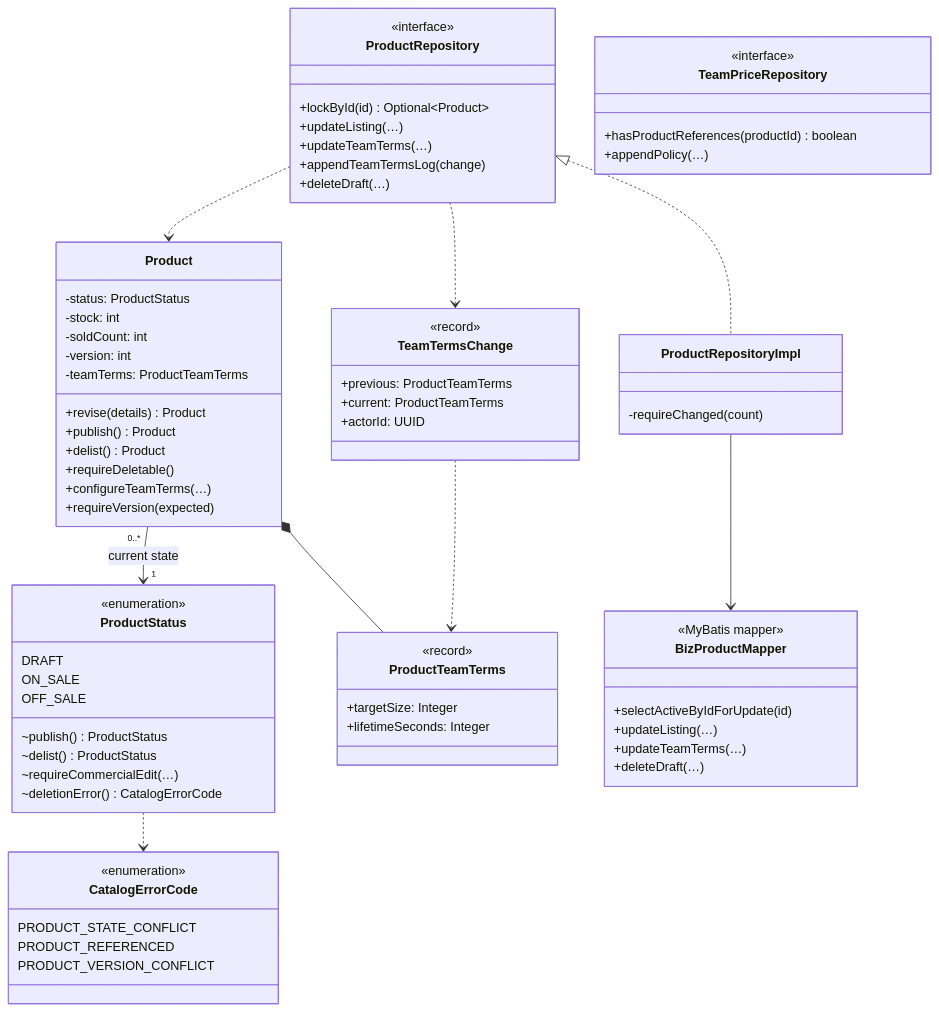
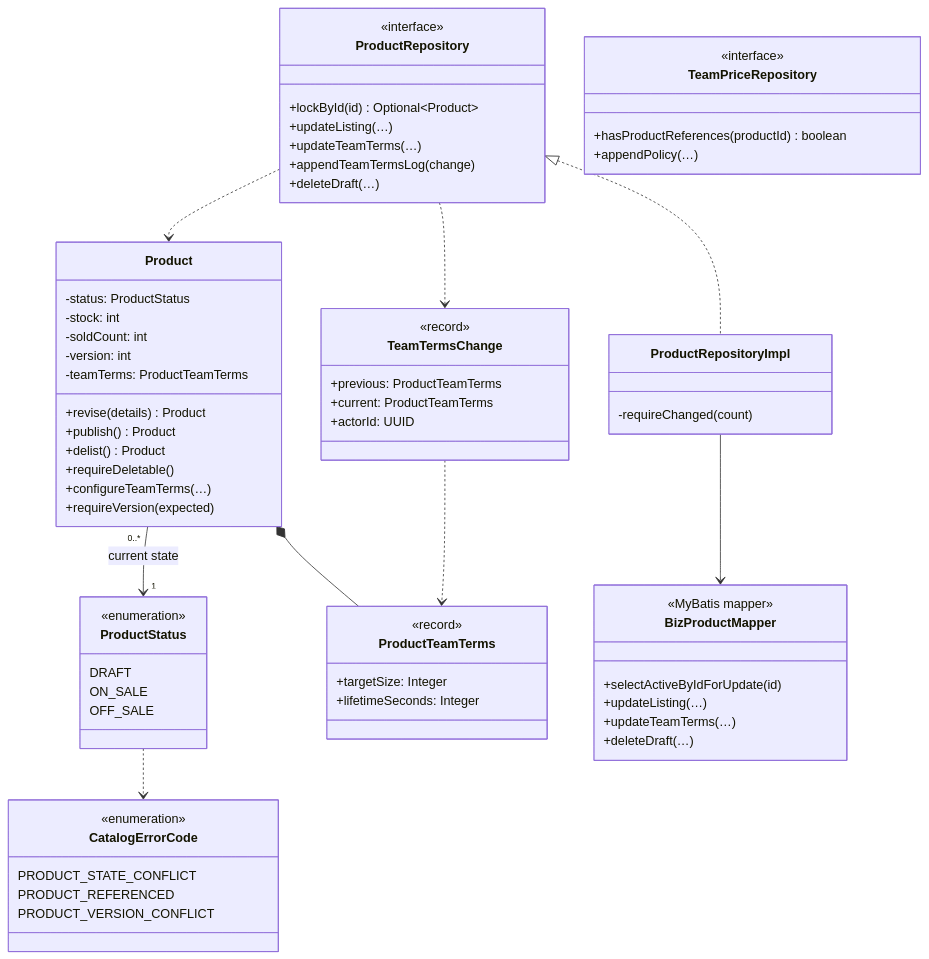
One commit to PPsyrius/iss-groupbuy-team8 changed the tenth of 17 diagrams in docs/swe5006/report/sections/03-4-5-liu-jin.md. Above: the diagram before and after it, drawn with Mermaid. The commit also changed other lines of this file and 60 other files, not shown here.

First line of the commit message:
docs(report): template format, VP-style UML and fact fixes (#463, #695) (#704)

```diff
--- a/docs/swe5006/report/sections/03-4-5-liu-jin.md
+++ b/docs/swe5006/report/sections/03-4-5-liu-jin.md
@@ -503,10 +492,6 @@
         DRAFT
         ON_SALE
         OFF_SALE
-        ~publish() ProductStatus
-        ~delist() ProductStatus
-        ~requireCommercialEdit(…)
-        ~deletionError() CatalogErrorCode
     }
     class ProductTeamTerms {
         <<record>>
```
